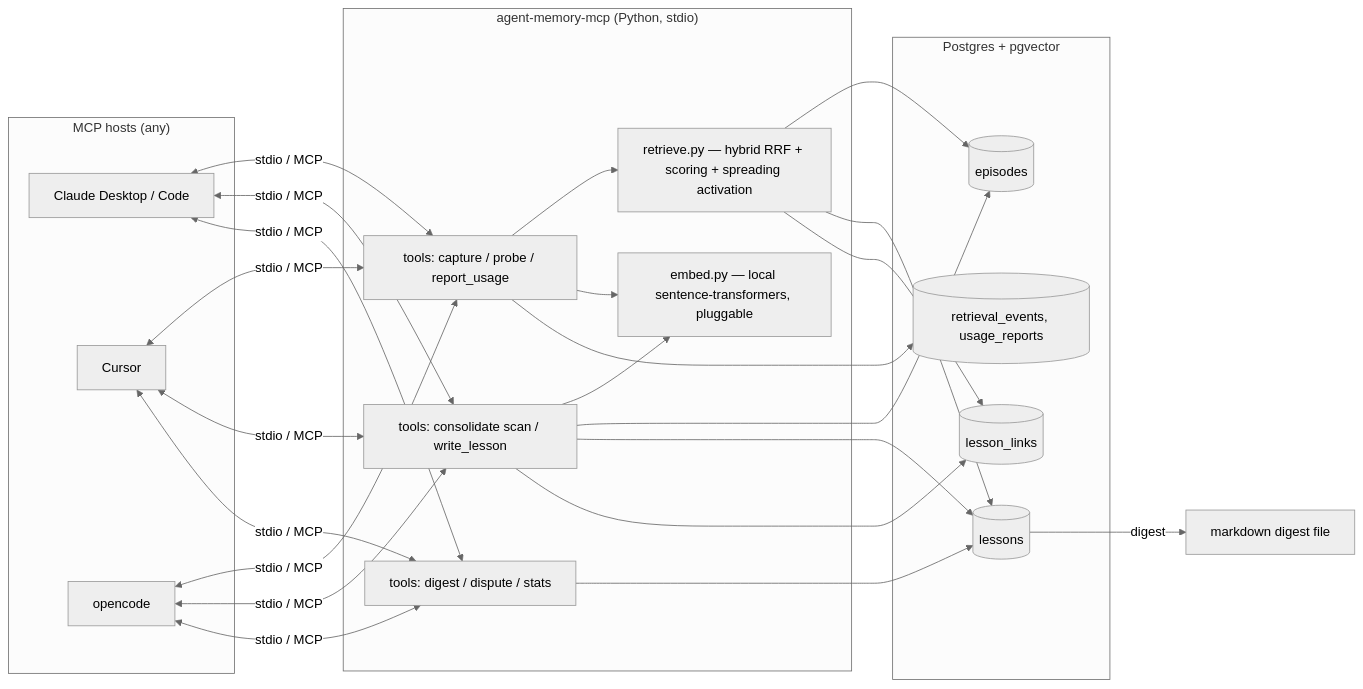
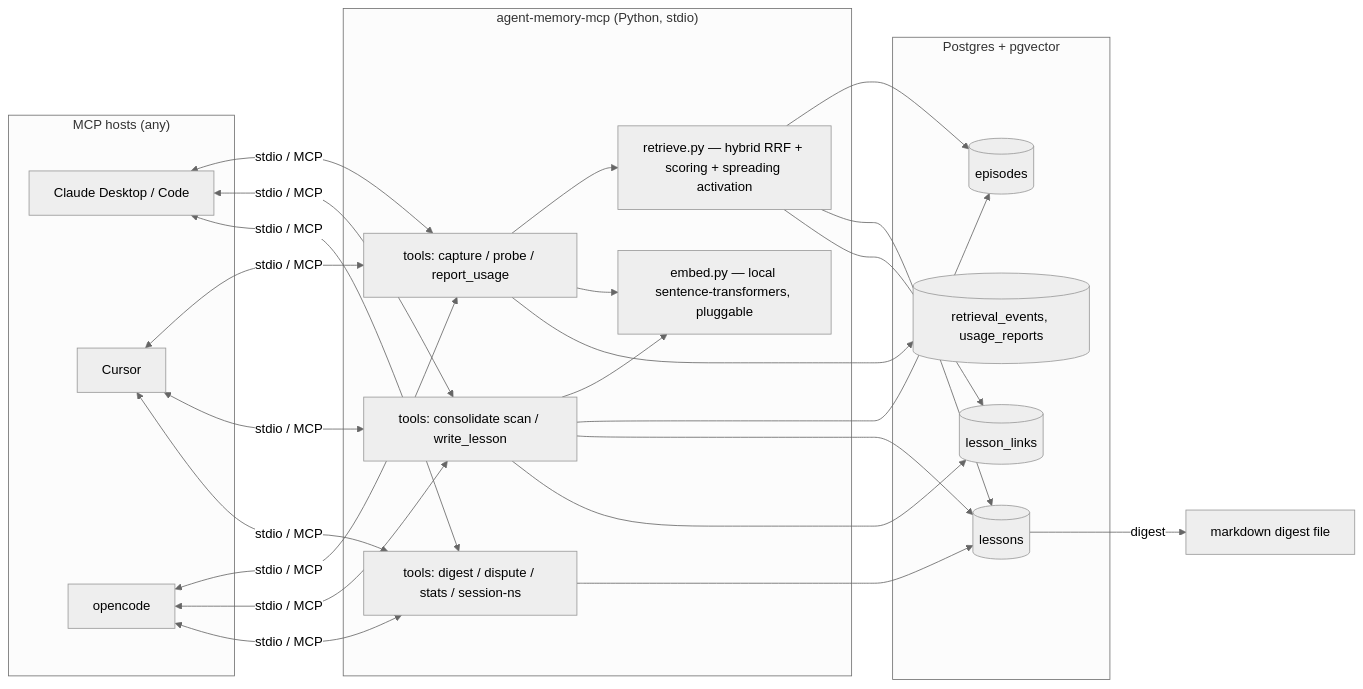
One commit to RachaelsDen/agent-memory-mcp changed the diagram in DESIGN.md. Above: the diagram before and after it, drawn with Mermaid (neutral theme). The commit also changed other lines of this file and 27 other files, not shown here.

````diff
--- a/DESIGN.md
+++ b/DESIGN.md
@@ -55,27 +57,27 @@
 ```mermaid
 flowchart LR
     subgraph Hosts ["MCP hosts (any)"]
         A1[Claude Desktop / Code]
         A2[Cursor]
         A3[opencode]
     end
     subgraph Server ["agent-memory-mcp (Python, stdio)"]
         T1[tools: capture / probe / report_usage]
         T2[tools: consolidate scan / write_lesson]
-        T3[tools: digest / dispute / stats]
+        T3[tools: digest / dispute / stats / session-ns]
         R[retrieve.py — hybrid RRF + scoring + spreading activation]
         E[embed.py — local sentence-transformers, pluggable]
     end
     subgraph Store ["Postgres + pgvector"]
         D1[(episodes)]
         D2[(lessons)]
         D3[(lesson_links)]
         D4[(retrieval_events, usage_reports)]
     end
     A1 & A2 & A3 <-->|stdio / MCP| T1 & T2 & T3
     T1 --> R --> D1 & D2 & D3
     T1 & T2 --> E
     T2 --> D1 & D2 & D3
     T1 --> D4
     T3 --> D2 -->|digest| F[markdown digest file]
 ```
````
